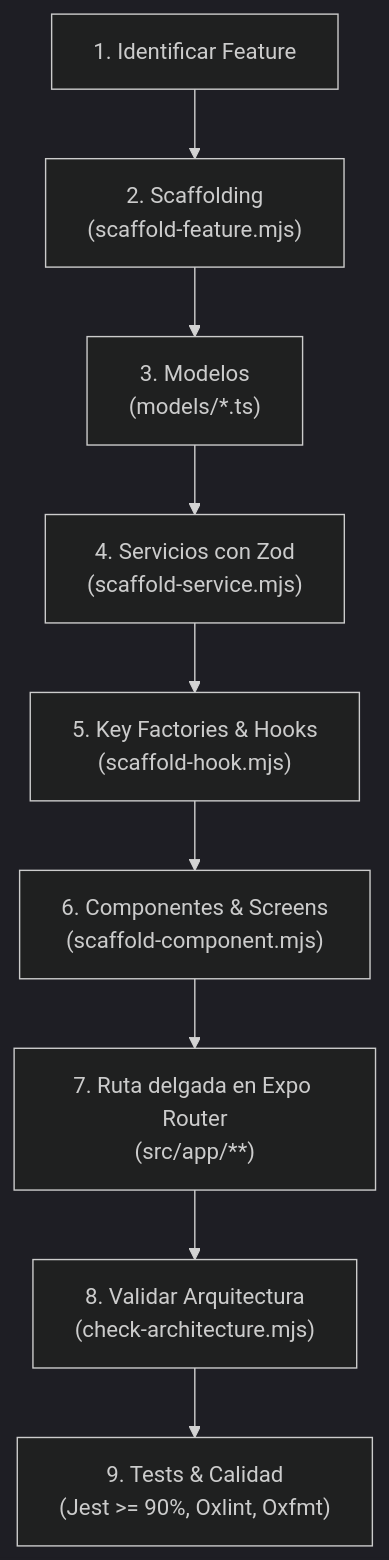
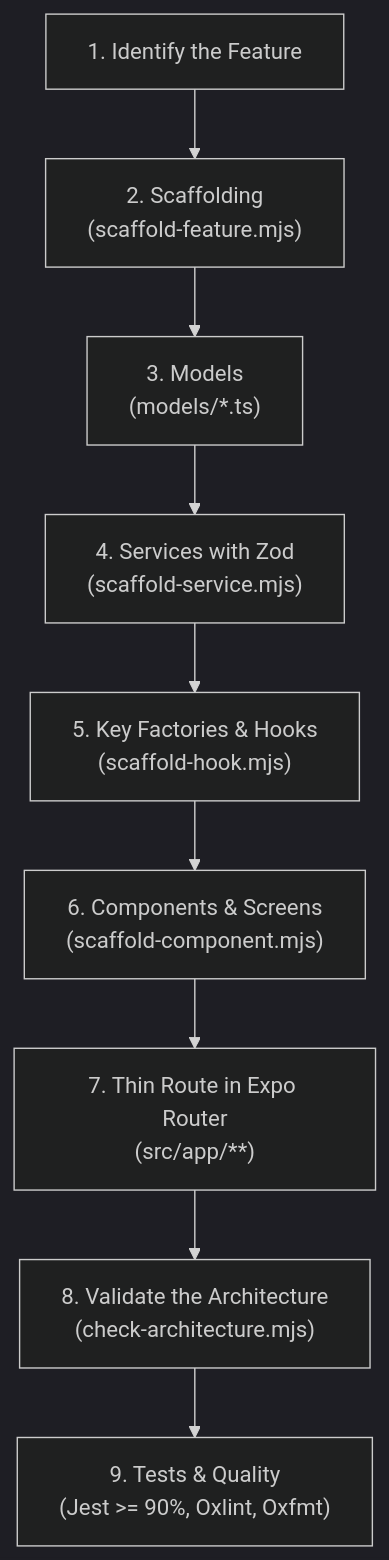
The diagram in skills/architecture/react-native-architecture/SKILL.md (bryanus1/agent-skills), drawn with Mermaid (dark theme) before and after one commit. The commit also changed other lines of this file and 55 other files, not shown here.

First line of the commit message:
docs(architecture): translate the architecture skills to English (#31)

````diff
--- a/skills/architecture/react-native-architecture/SKILL.md
+++ b/skills/architecture/react-native-architecture/SKILL.md
@@ -55,11 +59,11 @@
 ```mermaid
 flowchart TD
-    A["1. Identificar Feature"] --> B["2. Scaffolding\n(scaffold-feature.mjs)"]
-    B --> C["3. Modelos\n(models/*.ts)"]
-    C --> D["4. Servicios con Zod\n(scaffold-service.mjs)"]
+    A["1. Identify the Feature"] --> B["2. Scaffolding\n(scaffold-feature.mjs)"]
+    B --> C["3. Models\n(models/*.ts)"]
+    C --> D["4. Services with Zod\n(scaffold-service.mjs)"]
     D --> E["5. Key Factories & Hooks\n(scaffold-hook.mjs)"]
-    E --> F["6. Componentes & Screens\n(scaffold-component.mjs)"]
-    F --> G["7. Ruta delgada en Expo Router\n(src/app/**)"]
-    G --> H["8. Validar Arquitectura\n(check-architecture.mjs)"]
-    H --> I["9. Tests & Calidad\n(Jest >= 90%, Oxlint, Oxfmt)"]
+    E --> F["6. Components & Screens\n(scaffold-component.mjs)"]
+    F --> G["7. Thin Route in Expo Router\n(src/app/**)"]
+    G --> H["8. Validate the Architecture\n(check-architecture.mjs)"]
+    H --> I["9. Tests & Quality\n(Jest >= 90%, Oxlint, Oxfmt)"]
 ```
````
